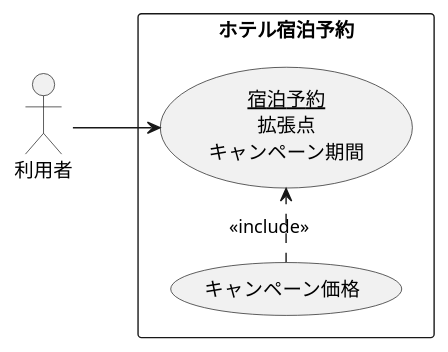
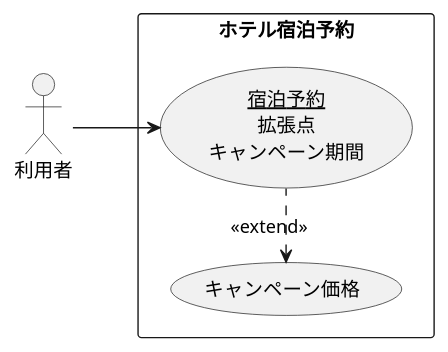
One commit to nagayamasaki/umi-intro changed the diagram in 演習2/演習2-4_キャンペーン中のホテル宿泊予約.pu. Above: the diagram before and after it, drawn with PlantUML. The commit also changed 4 other files, not shown here.

```diff
--- a/演習2/演習2-4_キャンペーン中のホテル宿泊予約.pu
+++ b/演習2/演習2-4_キャンペーン中のホテル宿泊予約.pu
@@ -1,13 +1,13 @@
 @startuml ユースケース図
 left to right direction
 actor 利用者
  rectangle ホテル宿泊予約{
    ' usecase ログイン
     usecase (<u>宿泊予約</u>\n拡張点\nキャンペーン期間) as input
     usecase キャンペーン価格
  }
  利用者 --> input
 '  ログイン .> input : << include >>
- キャンペーン価格 .> input : << include >>
+ キャンペーン価格 <. input : << extend >>
  
 @enduml
```
